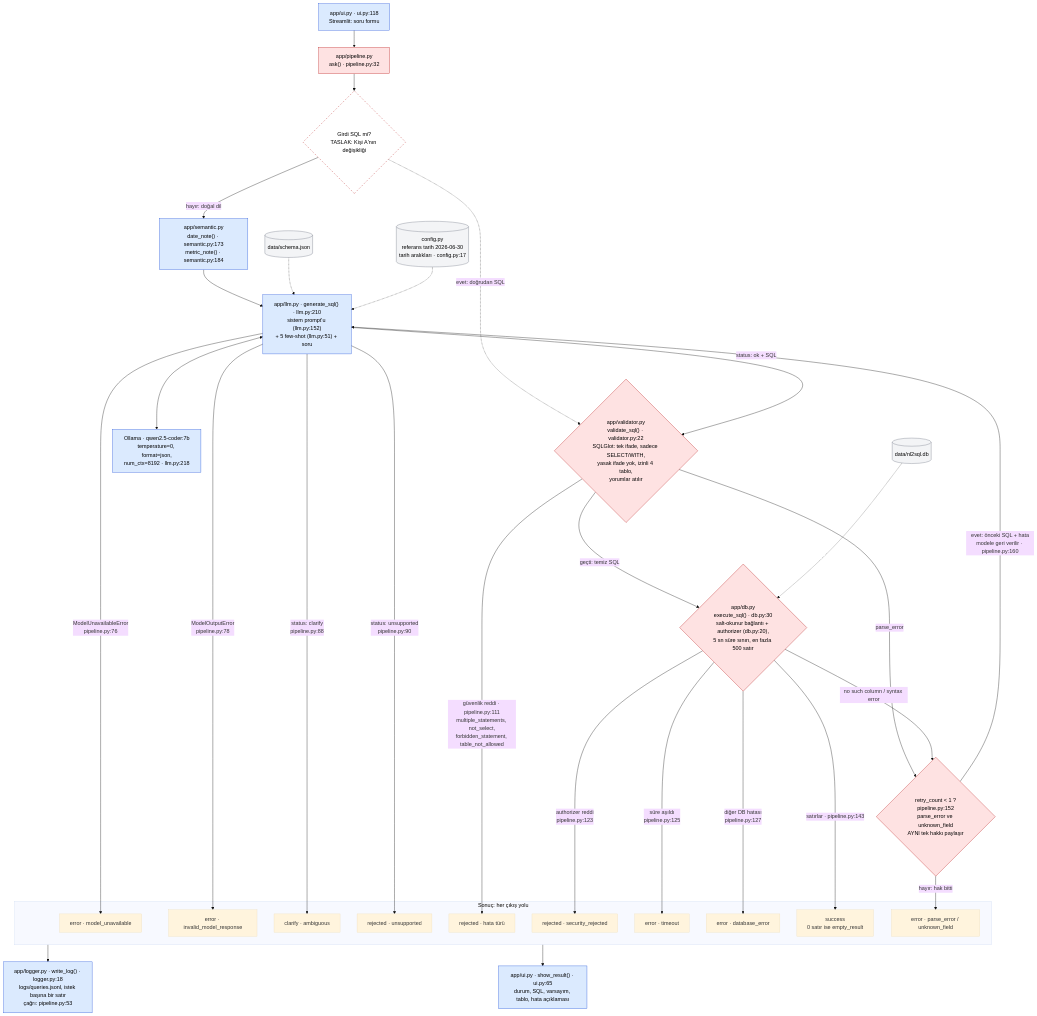
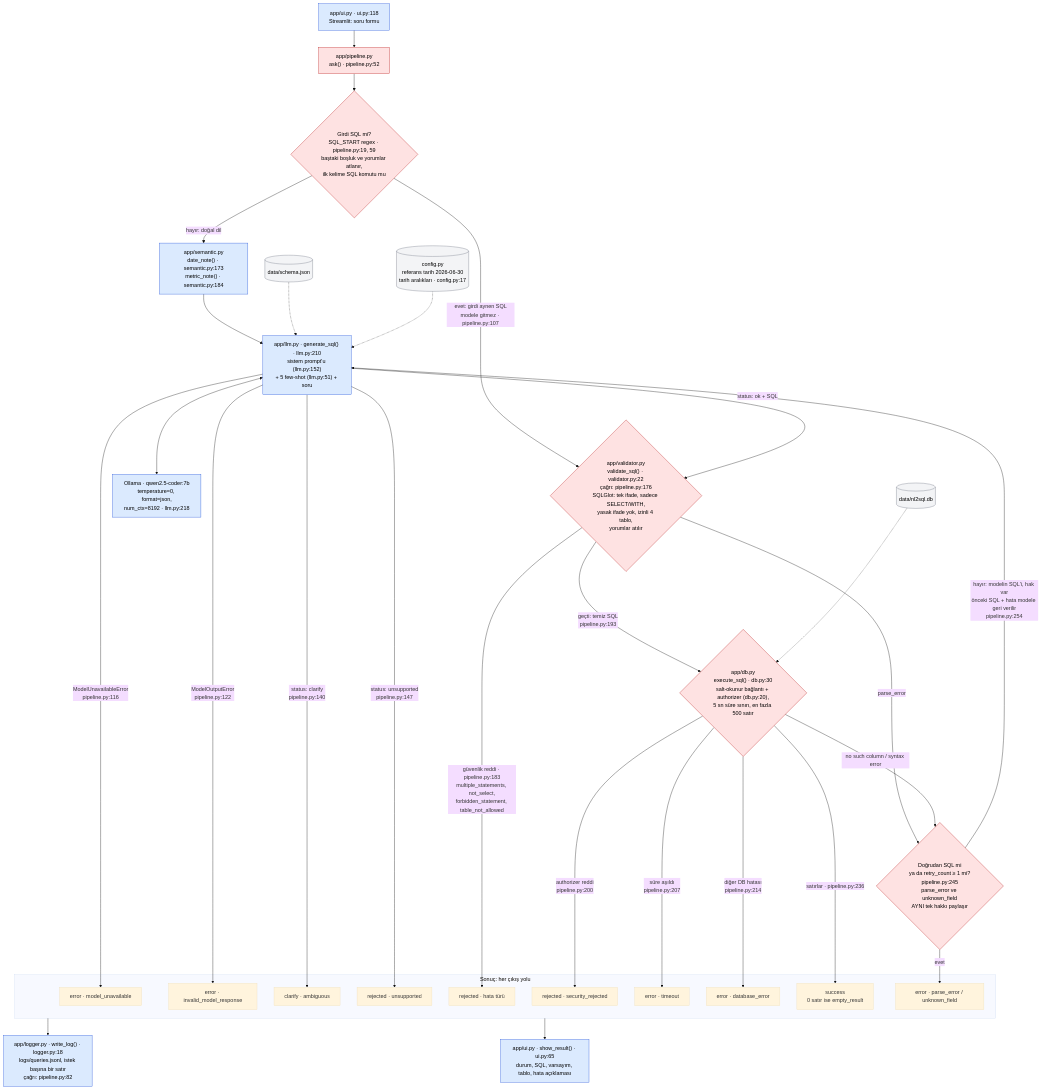
One commit to silassaatli/nl2sql-agent changed the second of 2 diagrams in docs/mimari.md. Above: the diagram before and after it, drawn with Mermaid (base theme). The commit also changed other lines of this file, not shown here.

Commit message:
Mimari diyagram kesinleşti: doğrudan SQL dalı (SQL_START) ve yeni satır numaraları

````diff
--- a/docs/mimari.md
+++ b/docs/mimari.md
@@ -29,60 +28,58 @@
 ```mermaid
 flowchart TD
-    UI["app/ui.py · ui.py:118<br/>Streamlit: soru formu"] --> ASK["app/pipeline.py<br/>ask() · pipeline.py:32"]
-    ASK --> ISSQL{"Girdi SQL mi?<br/>TASLAK: Kişi A'nın değişikliği"}
+    UI["app/ui.py · ui.py:118<br/>Streamlit: soru formu"] --> ASK["app/pipeline.py<br/>ask() · pipeline.py:52"]
+    ASK --> ISSQL{"Girdi SQL mi?<br/>SQL_START regex · pipeline.py:19, 59<br/>baştaki boşluk ve yorumlar atlanır,<br/>ilk kelime SQL komutu mu"}
 
     ISSQL -- "hayır: doğal dil" --> SEM["app/semantic.py<br/>date_note() · semantic.py:173<br/>metric_note() · semantic.py:184"]
-    ISSQL -. "evet: doğrudan SQL" .-> VAL
+    ISSQL -- "evet: girdi aynen SQL<br/>modele gitmez · pipeline.py:107" --> VAL
 
     SEM --> LLM["app/llm.py · generate_sql() · llm.py:210<br/>sistem prompt'u (llm.py:152)<br/>+ 5 few-shot (llm.py:51) + soru"]
     SJ[("data/schema.json")] -.-> LLM
     CFG[("config.py<br/>referans tarih 2026-06-30<br/>tarih aralıkları · config.py:17")] -.-> LLM
     LLM <--> OLL["Ollama · qwen2.5-coder:7b<br/>temperature=0, format=json,<br/>num_ctx=8192 · llm.py:218"]
 
-    LLM -- "ModelUnavailableError<br/>pipeline.py:76" --> E_MU["error · model_unavailable"]
-    LLM -- "ModelOutputError<br/>pipeline.py:78" --> E_IM["error · invalid_model_response"]
-    LLM -- "status: clarify<br/>pipeline.py:88" --> CL["clarify · ambiguous"]
-    LLM -- "status: unsupported<br/>pipeline.py:90" --> R_UN["rejected · unsupported"]
+    LLM -- "ModelUnavailableError<br/>pipeline.py:116" --> E_MU["error · model_unavailable"]
+    LLM -- "ModelOutputError<br/>pipeline.py:122" --> E_IM["error · invalid_model_response"]
+    LLM -- "status: clarify<br/>pipeline.py:140" --> CL["clarify · ambiguous"]
+    LLM -- "status: unsupported<br/>pipeline.py:147" --> R_UN["rejected · unsupported"]
     LLM -- "status: ok + SQL" --> VAL
 
-    VAL{"app/validator.py<br/>validate_sql() · validator.py:22<br/>SQLGlot: tek ifade, sadece SELECT/WITH,<br/>yasak ifade yok, izinli 4 tablo,<br/>yorumlar atılır"}
-    VAL -- "güvenlik reddi · pipeline.py:111<br/>multiple_statements, not_select,<br/>forbidden_statement, table_not_allowed" --> R_VAL["rejected · hata türü"]
+    VAL{"app/validator.py<br/>validate_sql() · validator.py:22<br/>çağrı: pipeline.py:176<br/>SQLGlot: tek ifade, sadece SELECT/WITH,<br/>yasak ifade yok, izinli 4 tablo,<br/>yorumlar atılır"}
+    VAL -- "güvenlik reddi · pipeline.py:183<br/>multiple_statements, not_select,<br/>forbidden_statement, table_not_allowed" --> R_VAL["rejected · hata türü"]
     VAL -- "parse_error" --> RETRY
-    VAL -- "geçti: temiz SQL" --> EXE
+    VAL -- "geçti: temiz SQL<br/>pipeline.py:193" --> EXE
 
     EXE{"app/db.py<br/>execute_sql() · db.py:30<br/>salt-okunur bağlantı + authorizer (db.py:20),<br/>5 sn süre sınırı, en fazla 500 satır"}
     DB[("data/nl2sql.db")] -.-> EXE
-    EXE -- "authorizer reddi<br/>pipeline.py:123" --> R_SEC["rejected · security_rejected"]
-    EXE -- "süre aşıldı<br/>pipeline.py:125" --> E_TO["error · timeout"]
-    EXE -- "diğer DB hatası<br/>pipeline.py:127" --> E_DB["error · database_error"]
+    EXE -- "authorizer reddi<br/>pipeline.py:200" --> R_SEC["rejected · security_rejected"]
+    EXE -- "süre aşıldı<br/>pipeline.py:207" --> E_TO["error · timeout"]
+    EXE -- "diğer DB hatası<br/>pipeline.py:214" --> E_DB["error · database_error"]
     EXE -- "no such column / syntax error" --> RETRY
-    EXE -- "satırlar · pipeline.py:143" --> OK["success<br/>0 satır ise empty_result"]
+    EXE -- "satırlar · pipeline.py:236" --> OK["success<br/>0 satır ise empty_result"]
 
-    RETRY{"retry_count < 1 ?<br/>pipeline.py:152<br/>parse_error ve unknown_field<br/>AYNI tek hakkı paylaşır"}
-    RETRY -- "evet: önceki SQL + hata<br/>modele geri verilir · pipeline.py:160" --> LLM
-    RETRY -- "hayır: hak bitti" --> E_RT["error · parse_error / unknown_field"]
+    RETRY{"Doğrudan SQL mi<br/>ya da retry_count ≥ 1 mi?<br/>pipeline.py:245<br/>parse_error ve unknown_field<br/>AYNI tek hakkı paylaşır"}
+    RETRY -- "hayır: modelin SQL'i, hak var<br/>önceki SQL + hata modele geri verilir<br/>pipeline.py:254" --> LLM
+    RETRY -- "evet" --> E_RT["error · parse_error / unknown_field"]
 
     subgraph SONUC ["Sonuç: her çıkış yolu"]
         OK
         CL
         R_UN
         R_VAL
         R_SEC
         E_MU
         E_IM
         E_TO
         E_DB
         E_RT
     end
-    SONUC --> LOG["app/logger.py · write_log() · logger.py:18<br/>logs/queries.jsonl, istek başına bir satır<br/>çağrı: pipeline.py:53"]
+    SONUC --> LOG["app/logger.py · write_log() · logger.py:18<br/>logs/queries.jsonl, istek başına bir satır<br/>çağrı: pipeline.py:82"]
     SONUC --> SHOW["app/ui.py · show_result() · ui.py:65<br/>durum, SQL, varsayım, tablo, hata açıklaması"]
 
     classDef b fill:#dbeafe,stroke:#1d4ed8,color:#000
     classDef a fill:#fee2e2,stroke:#b91c1c,color:#000
     classDef data fill:#f3f4f6,stroke:#6b7280,color:#000
-    classDef draft fill:#fff,stroke:#b91c1c,stroke-dasharray:5 5,color:#000
     class UI,SEM,LLM,OLL,LOG,SHOW b
-    class ASK,VAL,EXE,RETRY a
+    class ASK,ISSQL,VAL,EXE,RETRY a
     class SJ,CFG,DB data
-    class ISSQL draft
 ```
````
